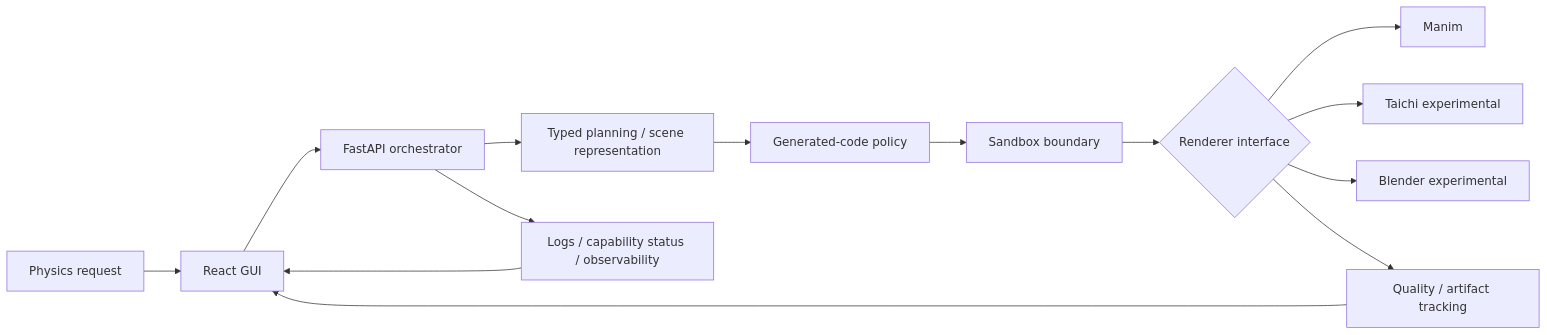
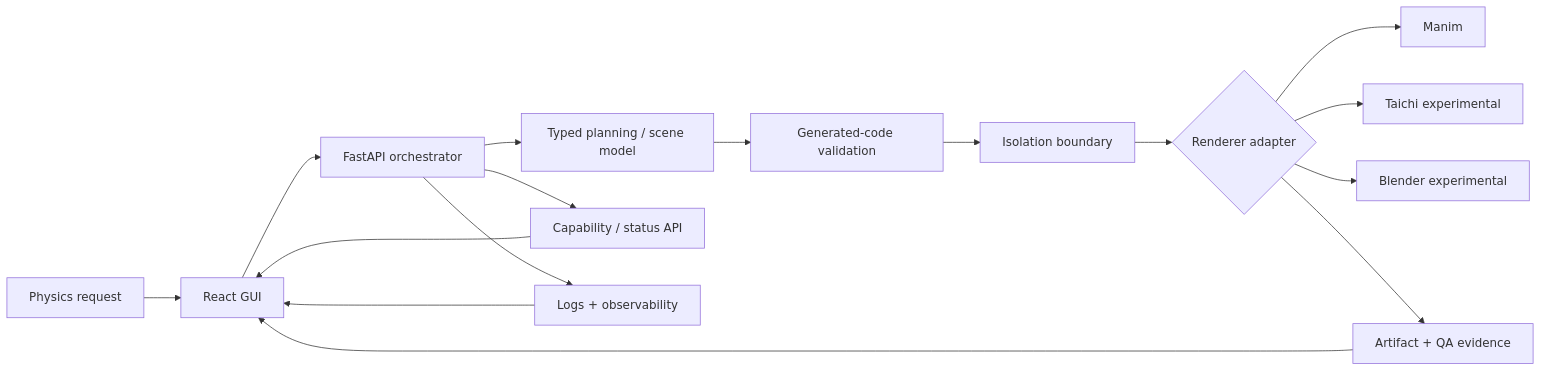
The diagram in README.md (Somethin6/physics-video-genera), drawn with Mermaid before and after one commit. The commit also changed other lines of this file, not shown here.

````diff
--- a/README.md
+++ b/README.md
@@ -41,16 +49,18 @@
 ```mermaid
 flowchart LR
     U[Physics request] --> G[React GUI]
     G --> A[FastAPI orchestrator]
-    A --> P[Typed planning / scene representation]
-    P --> S[Generated-code policy]
-    S --> X[Sandbox boundary]
-    X --> R{Renderer interface}
+    A --> P[Typed planning / scene model]
+    P --> V[Generated-code validation]
+    V --> X[Isolation boundary]
+    X --> R{Renderer adapter}
     R --> M[Manim]
     R --> T[Taichi experimental]
     R --> B[Blender experimental]
-    R --> Q[Quality / artifact tracking]
-    A --> O[Logs / capability status / observability]
+    R --> Q[Artifact + QA evidence]
+    A --> C[Capability / status API]
+    A --> O[Logs + observability]
+    C --> G
     O --> G
     Q --> G
 ```
````
